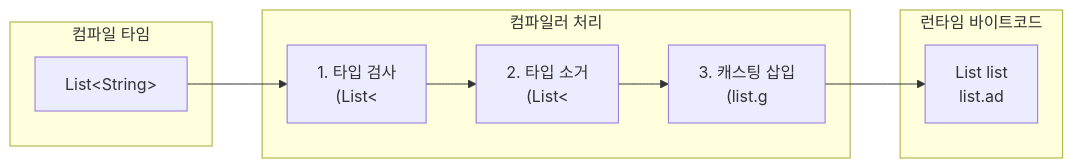
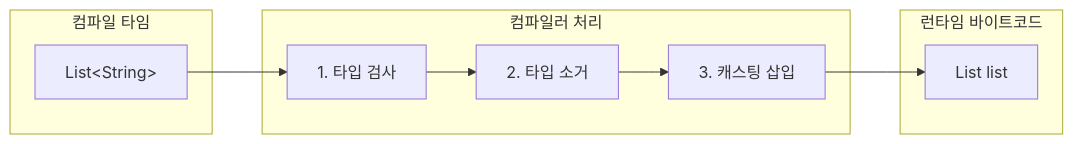
One commit to yjkim2015/yjkim2015.github.io changed the diagram in _posts/java/2026-05-01-java-generics.md. Above: the diagram before and after it, drawn with Mermaid. The commit also changed 217 other files, not shown here.

First line of the commit message:
Mermaid 크기 수정: useMaxWidth:true + SVG max-width:100% + 라벨 축소

````diff
--- a/_posts/java/2026-05-01-java-generics.md
+++ b/_posts/java/2026-05-01-java-generics.md
@@ -639,15 +639,15 @@
 ```mermaid
 graph LR
   subgraph "컴파일 타임"
     SRC["List&lt;String&gt;"]
   end
   subgraph "컴파일러 처리"
-    CHECK["1. 타입 검사\n(List&lt"]
-    ERASE["2. 타입 소거\n(List&lt"]
-    CAST["3. 캐스팅 삽입\n(list.g"]
+    CHECK["1. 타입 검사"]
+    ERASE["2. 타입 소거"]
+    CAST["3. 캐스팅 삽입"]
   end
   subgraph "런타임 바이트코드"
-    BC["List list\nlist.ad"]
+    BC["List list"]
   end
   SRC --> CHECK --> ERASE --> CAST --> BC
 ```
````
